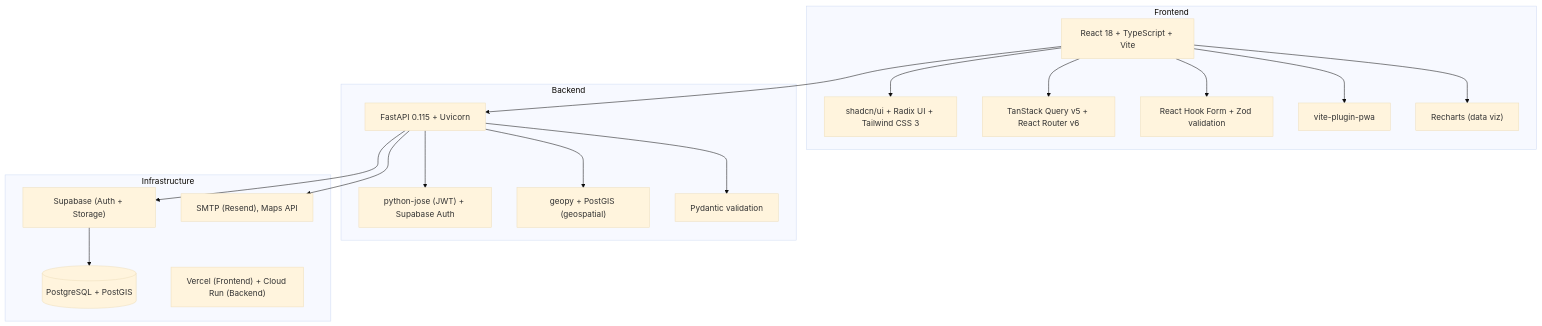
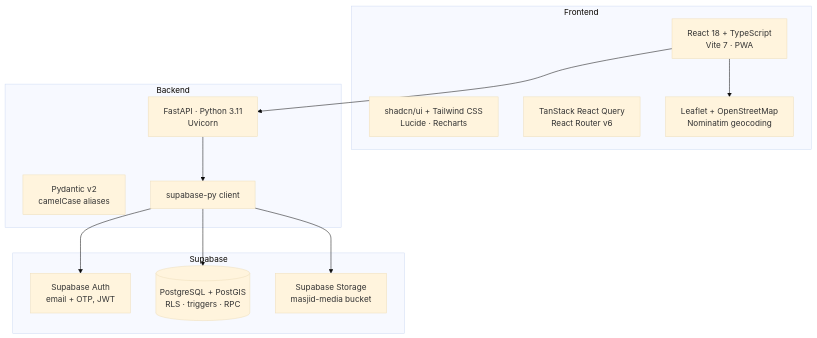
Before and after one commit to snsyaqirah/snsyaqirah.github.io: the first of 15 diagrams in portfolio-react/public/docs/singgahluhh.md, drawn with Mermaid (base theme). The commit also changed other lines of this file and 101 other files, not shown here.

````diff
--- a/portfolio-react/public/docs/singgahluhh.md
+++ b/portfolio-react/public/docs/singgahluhh.md
@@ -112,28 +94,25 @@
 ```mermaid
 graph TD
     subgraph Frontend
-        FE["React 18 + TypeScript + Vite"]
-        UI["shadcn/ui + Radix UI + Tailwind CSS 3"]
-        RQ["TanStack Query v5 + React Router v6"]
-        RHF["React Hook Form + Zod validation"]
-        PWA["vite-plugin-pwa"]
-        CH["Recharts (data viz)"]
+        FE["React 18 + TypeScript<br/>Vite 7 · PWA"]
+        UI["shadcn/ui + Tailwind CSS<br/>Lucide · Recharts"]
+        ST["TanStack React Query<br/>React Router v6"]
+        MAP["Leaflet + OpenStreetMap<br/>Nominatim geocoding"]
     end
     subgraph Backend
-        BE["FastAPI 0.115 + Uvicorn"]
-        AUTH["python-jose (JWT) + Supabase Auth"]
-        GEO["geopy + PostGIS (geospatial)"]
-        VAL["Pydantic validation"]
+        BE["FastAPI · Python 3.11<br/>Uvicorn"]
+        PY["Pydantic v2<br/>camelCase aliases"]
+        SC["supabase-py client"]
     end
-    subgraph Infrastructure
-        DB[("PostgreSQL + PostGIS")]
-        SB["Supabase (Auth + Storage)"]
-        HOST["Vercel (Frontend) + Cloud Run (Backend)"]
-        EXT["SMTP (Resend), Maps API"]
+    subgraph Supabase
+        AUTH["Supabase Auth<br/>email + OTP, JWT"]
+        DB[("PostgreSQL + PostGIS<br/>RLS · triggers · RPC")]
+        STO["Supabase Storage<br/>masjid-media bucket"]
     end
-    FE --> UI & RQ & RHF & PWA & CH
-    BE --> AUTH & GEO & VAL
-    BE --> SB --> DB
     FE --> BE
-    BE --> EXT
+    FE --> MAP
+    BE --> SC
+    SC --> AUTH
+    SC --> DB
+    SC --> STO
 ```
````
